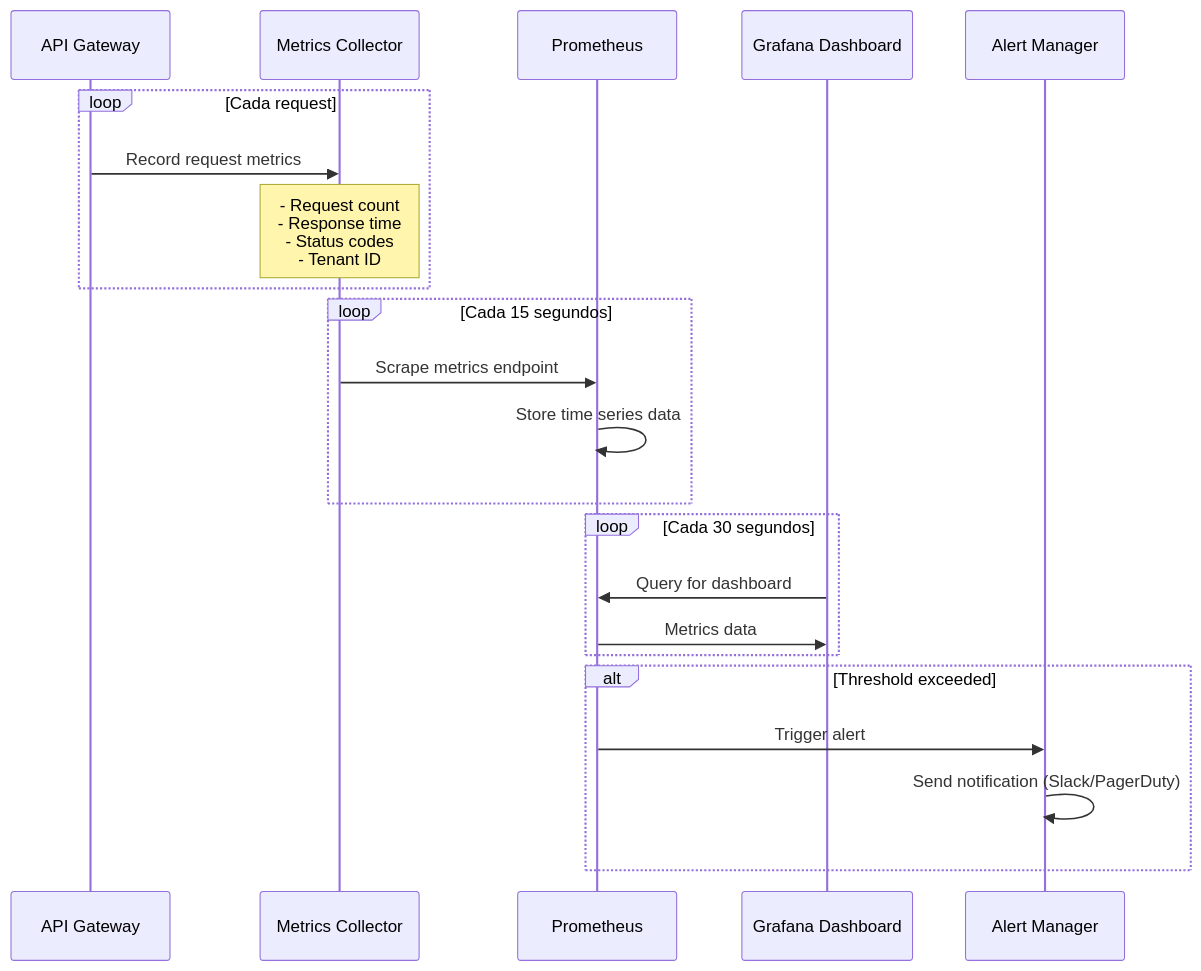
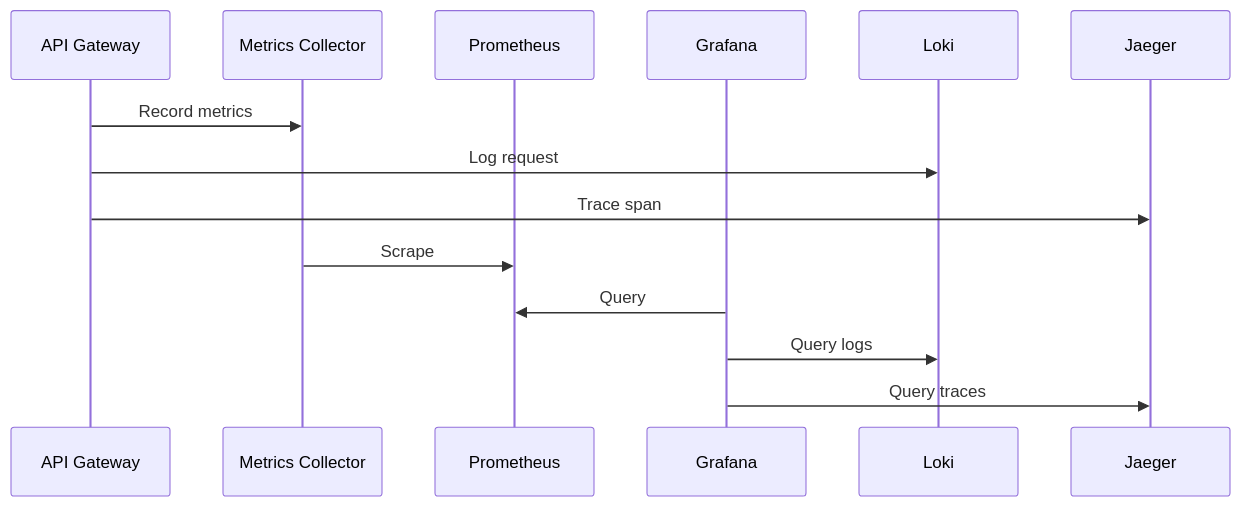
One commit to jclemente-tlm/tlm-arq-servicios-corporativos changed the sixth of 6 diagrams in docs/api-gateway/06-vista-tiempo-ejecucion.md. Above: the diagram before and after it, drawn with Mermaid. The commit also changed other lines of this file and 52 other files, not shown here.

````diff
--- a/docs/api-gateway/06-vista-tiempo-ejecucion.md
+++ b/docs/api-gateway/06-vista-tiempo-ejecucion.md
@@ -315,28 +133,16 @@
 ```mermaid
 sequenceDiagram
     participant Gateway as API Gateway
     participant Metrics as Metrics Collector
     participant Prometheus as Prometheus
-    participant Grafana as Grafana Dashboard
-    participant AlertManager as Alert Manager
-
-    loop Cada request
-        Gateway->>Metrics: Record request metrics
-        Note over Metrics: - Request count<br/>- Response time<br/>- Status codes<br/>- Tenant ID
-    end
-
-    loop Cada 15 segundos
-        Metrics->>Prometheus: Scrape metrics endpoint
-        Prometheus->>Prometheus: Store time series data
-    end
-
-    loop Cada 30 segundos
-        Grafana->>Prometheus: Query for dashboard
-        Prometheus->>Grafana: Metrics data
-    end
-
-    alt Threshold exceeded
-        Prometheus->>AlertManager: Trigger alert
-        AlertManager->>AlertManager: Send notification (Slack/PagerDuty)
-    end
+    participant Grafana as Grafana
+    participant Loki as Loki
+    participant Jaeger as Jaeger
+    Gateway->>Metrics: Record metrics
+    Gateway->>Loki: Log request
+    Gateway->>Jaeger: Trace span
+    Metrics->>Prometheus: Scrape
+    Grafana->>Prometheus: Query
+    Grafana->>Loki: Query logs
+    Grafana->>Jaeger: Query traces
 ```
````
